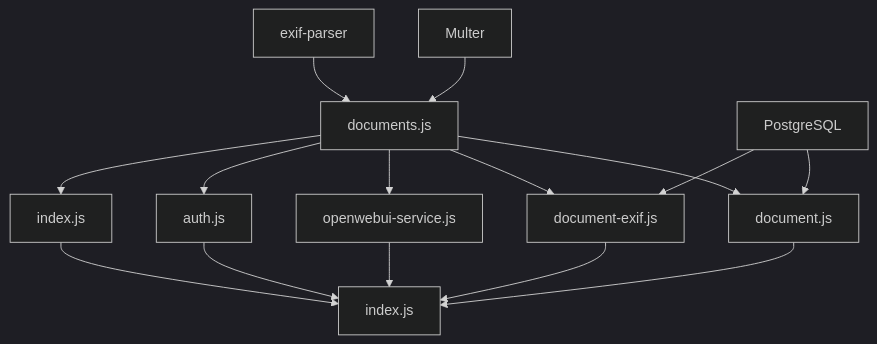
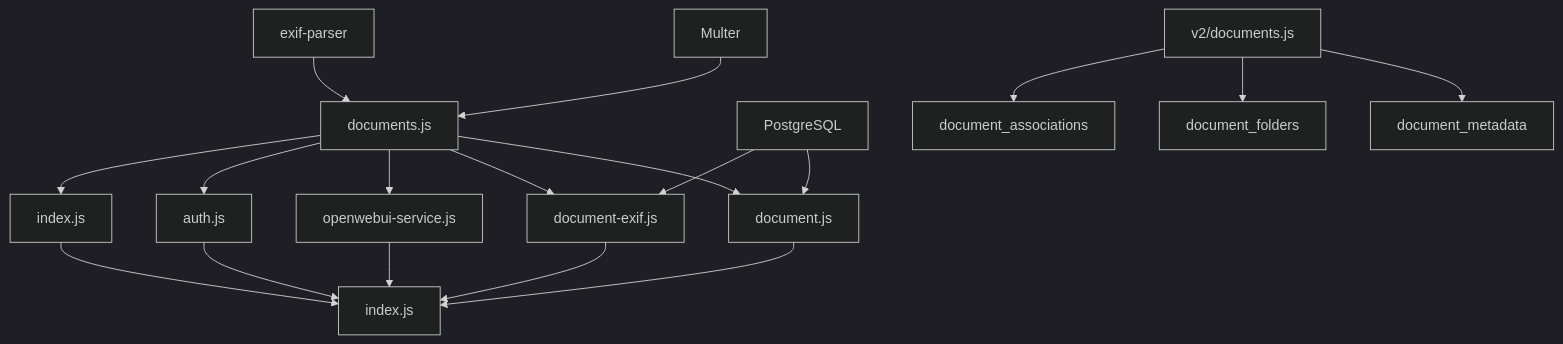
The seventh of 7 diagrams in .qoder/repowiki/zh/content/后端架构/API路由设计/文档管理API/文档管理API.md (ideeinfo/TwinSight), drawn with Mermaid (dark theme) before and after one commit. The commit also changed other lines of this file and 7 other files, not shown here.

````diff
--- a/.qoder/repowiki/zh/content/后端架构/API路由设计/文档管理API/文档管理API.md
+++ b/.qoder/repowiki/zh/content/后端架构/API路由设计/文档管理API/文档管理API.md
@@ -219,17 +244,20 @@
 ```mermaid
 graph TD
 A[documents.js] --> B[document.js]
 A --> C[document-exif.js]
 A --> D[openwebui-service.js]
 A --> E[auth.js]
 A --> F[index.js]
 B --> G[index.js]
 C --> G
 D --> G
 E --> G
 F --> G
 H[Multer] --> A
 I[exif-parser] --> A
 J[PostgreSQL] --> B
 J --> C
+K[v2/documents.js] --> L[document_metadata]
+K --> M[document_folders]
+K --> N[document_associations]
 ```
````
